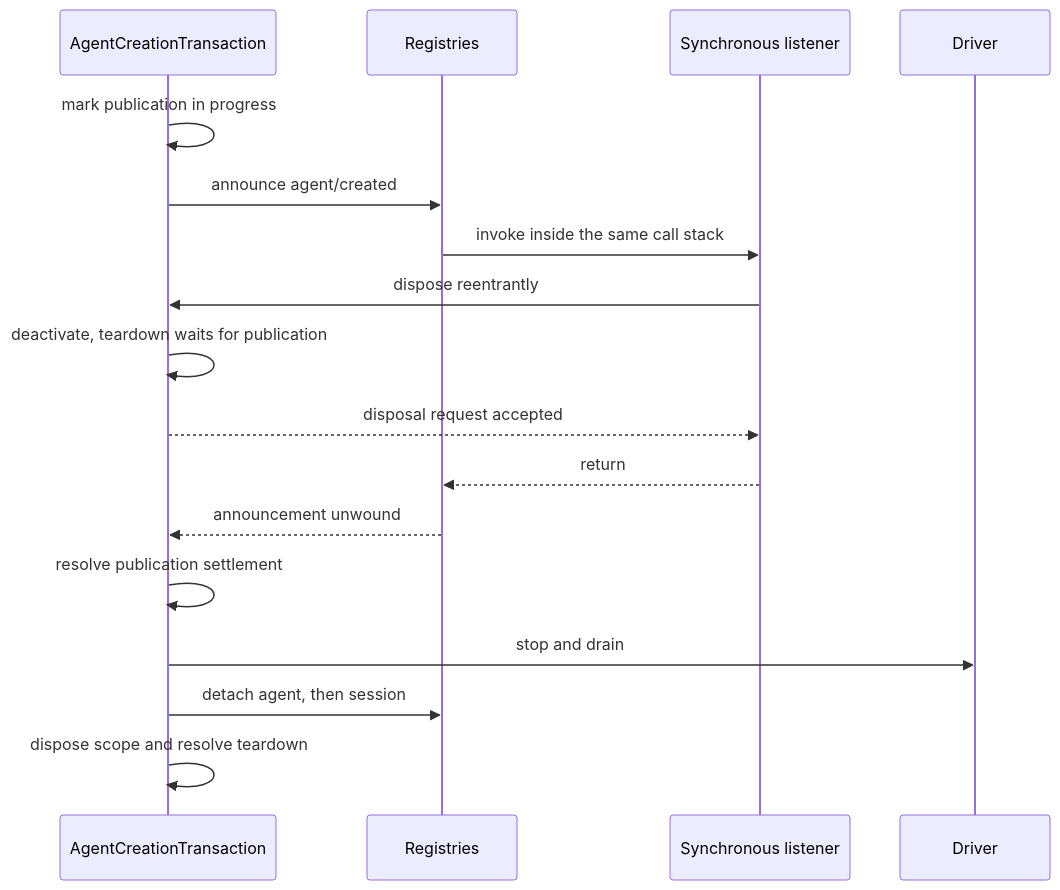
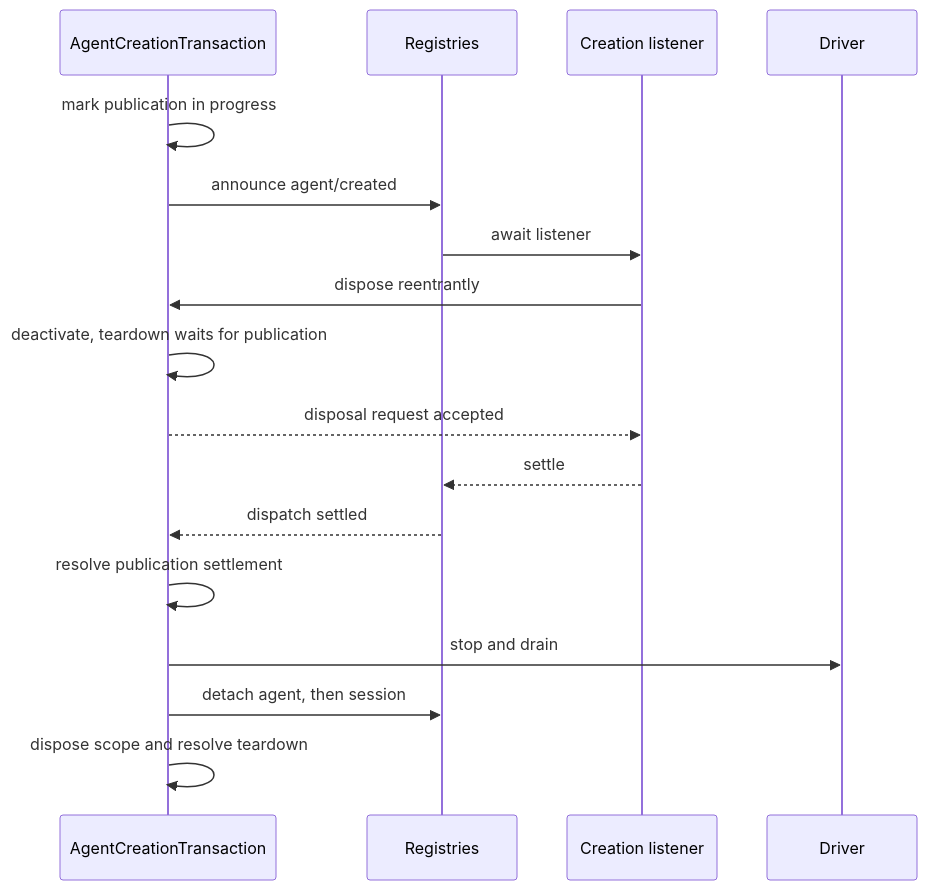
Before and after one commit to singula-ai/alego: the diagram in .agents/notes/implemented/architecture/2026-07-12-agent-scope-runtime-design.md, drawn with Mermaid. The commit also changed other lines of this file and 8836 other files, not shown here.

````diff
--- a/.agents/notes/implemented/architecture/2026-07-12-agent-scope-runtime-design.md
+++ b/.agents/notes/implemented/architecture/2026-07-12-agent-scope-runtime-design.md
@@ -129,20 +129,20 @@
 ```mermaid
 sequenceDiagram
   participant Tx as AgentCreationTransaction
   participant Registries
-  participant Listener as Synchronous listener
+  participant Listener as Creation listener
   participant Driver
 
   Tx->>Tx: mark publication in progress
   Tx->>Registries: announce agent/created
-  Registries->>Listener: invoke inside the same call stack
+  Registries->>Listener: await listener
   Listener->>Tx: dispose reentrantly
   Tx->>Tx: deactivate, teardown waits for publication
   Tx-->>Listener: disposal request accepted
-  Listener-->>Registries: return
-  Registries-->>Tx: announcement unwound
+  Listener-->>Registries: settle
+  Registries-->>Tx: dispatch settled
   Tx->>Tx: resolve publication settlement
   Tx->>Driver: stop and drain
   Tx->>Registries: detach agent, then session
   Tx->>Tx: dispose scope and resolve teardown
 ```
````
